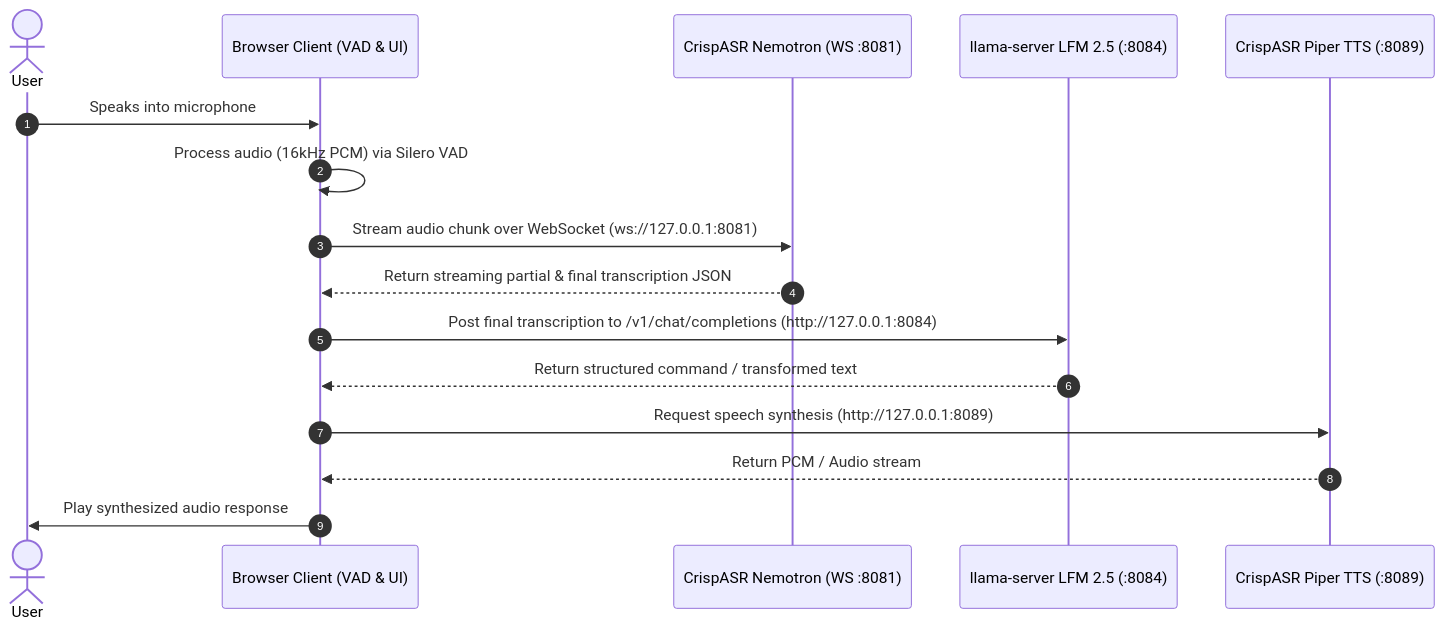
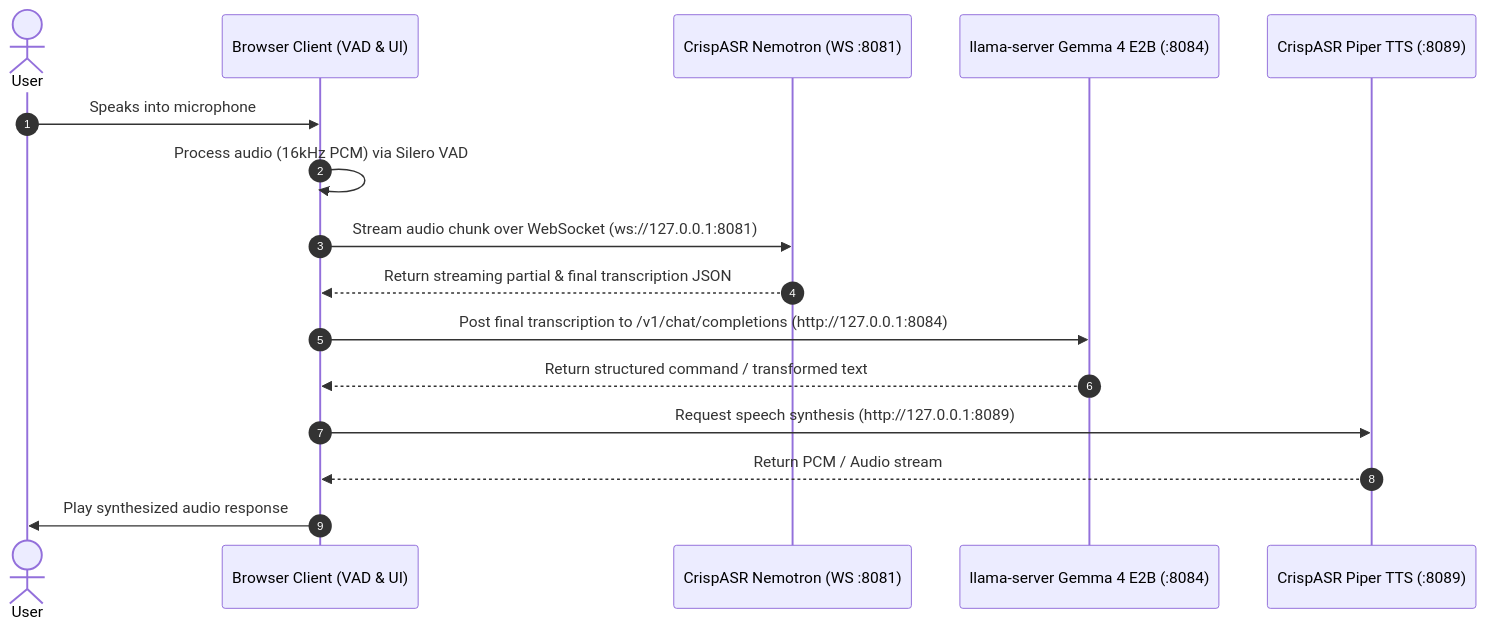
One commit to deepanshu-yadav/StreamingASR changed the diagram in commands_demo/README.md. Above: the diagram before and after it, drawn with Mermaid. The commit also changed other lines of this file, not shown here.

Commit message:
Changed lfm to gemma 4 e2b

````diff
--- a/commands_demo/README.md
+++ b/commands_demo/README.md
@@ -29,19 +29,19 @@
 ```mermaid
 sequenceDiagram
     autonumber
     actor User
     participant Browser as Browser Client (VAD & UI)
     participant ASR as CrispASR Nemotron (WS :8081)
-    participant LLM as llama-server LFM 2.5 (:8084)
+    participant LLM as llama-server Gemma 4 E2B (:8084)
     participant TTS as CrispASR Piper TTS (:8089)
 
     User->>Browser: Speaks into microphone
     Browser->>Browser: Process audio (16kHz PCM) via Silero VAD
     Browser->>ASR: Stream audio chunk over WebSocket (ws://127.0.0.1:8081)
     ASR-->>Browser: Return streaming partial & final transcription JSON
     Browser->>LLM: Post final transcription to /v1/chat/completions (http://127.0.0.1:8084)
     LLM-->>Browser: Return structured command / transformed text
     Browser->>TTS: Request speech synthesis (http://127.0.0.1:8089)
     TTS-->>Browser: Return PCM / Audio stream
     Browser->>User: Play synthesized audio response
 ```
````
